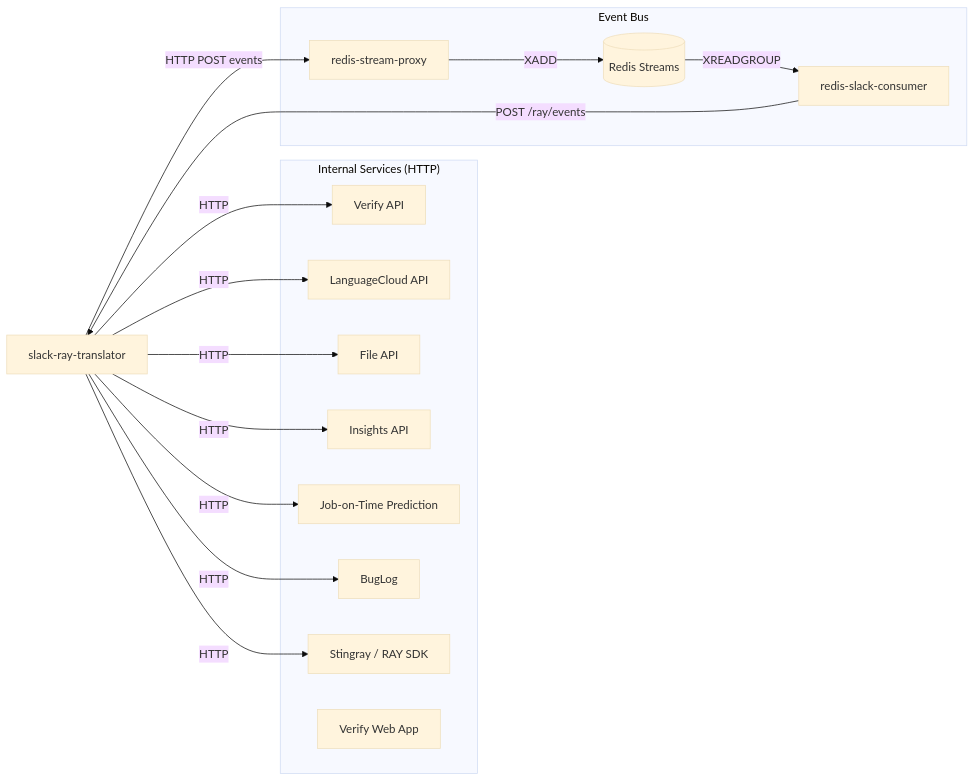
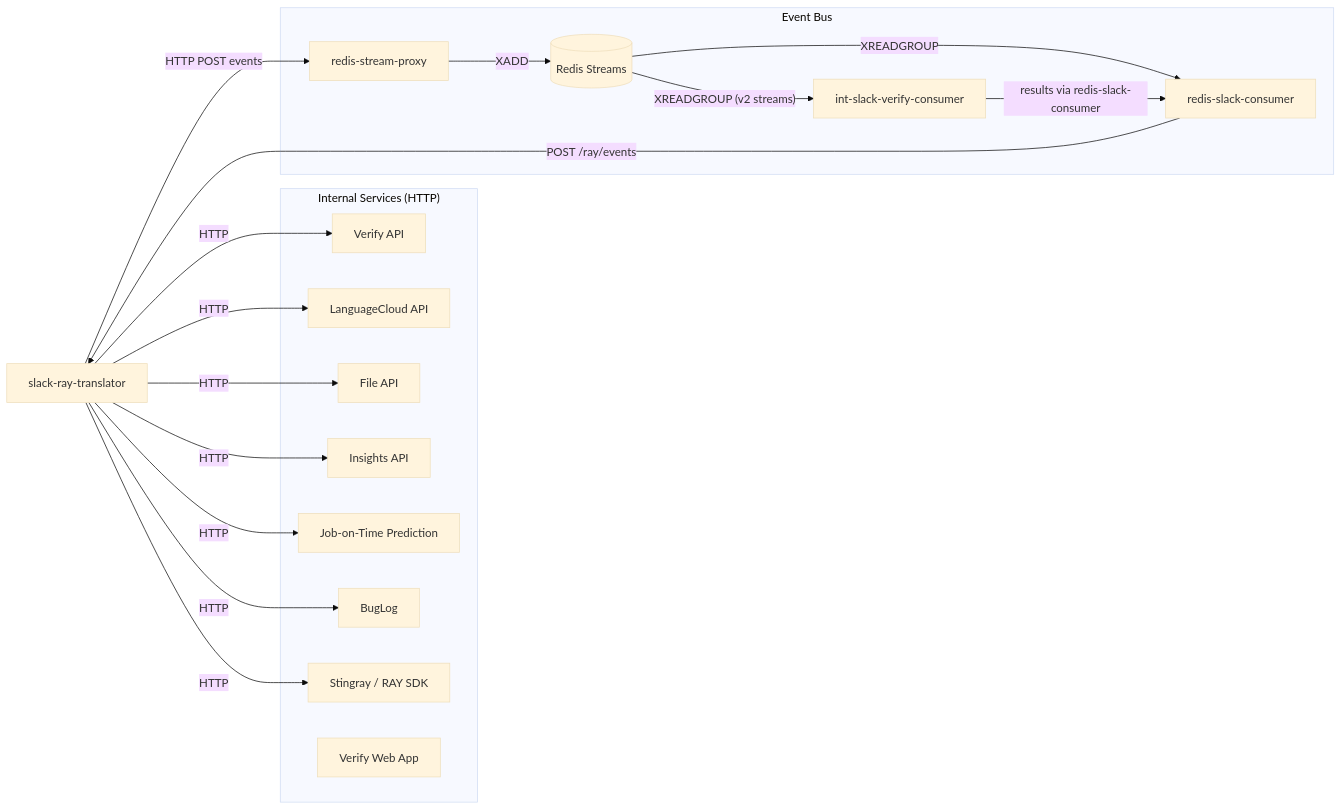
One commit to strakergroup/Nake-Agentic-Slack changed the diagram in docs/internal-services.md. Above: the diagram before and after it, drawn with Mermaid (base theme). The commit also changed other lines of this file and 2 other files, not shown here.

````diff
--- a/docs/internal-services.md
+++ b/docs/internal-services.md
@@ -11,33 +11,36 @@
 ```mermaid
 flowchart LR
     App["slack-ray-translator"]
 
     subgraph "Internal Services (HTTP)"
         VerifyAPI["Verify API"]
         LCAPI["LanguageCloud API"]
         FileAPI["File API"]
         InsightsAPI["Insights API"]
         JOTPrediction["Job-on-Time Prediction"]
         BugLog["BugLog"]
         Stingray["Stingray / RAY SDK"]
         VerifyUI["Verify Web App"]
     end
 
     subgraph "Event Bus"
         StreamProxy["redis-stream-proxy"]
         Redis[(Redis Streams)]
         SlackConsumer["redis-slack-consumer"]
+        VerifyConsumer["int-slack-verify-consumer"]
     end
 
     App -->|HTTP| VerifyAPI
     App -->|HTTP| LCAPI
     App -->|HTTP| FileAPI
     App -->|HTTP| InsightsAPI
     App -->|HTTP| JOTPrediction
     App -->|HTTP| BugLog
     App -->|HTTP| Stingray
     App -->|HTTP POST events| StreamProxy
     StreamProxy -->|XADD| Redis
     Redis -->|XREADGROUP| SlackConsumer
+    Redis -->|"XREADGROUP (v2 streams)"| VerifyConsumer
     SlackConsumer -->|POST /ray/events| App
+    VerifyConsumer -->|"results via redis-slack-consumer"| SlackConsumer
 ```
````
